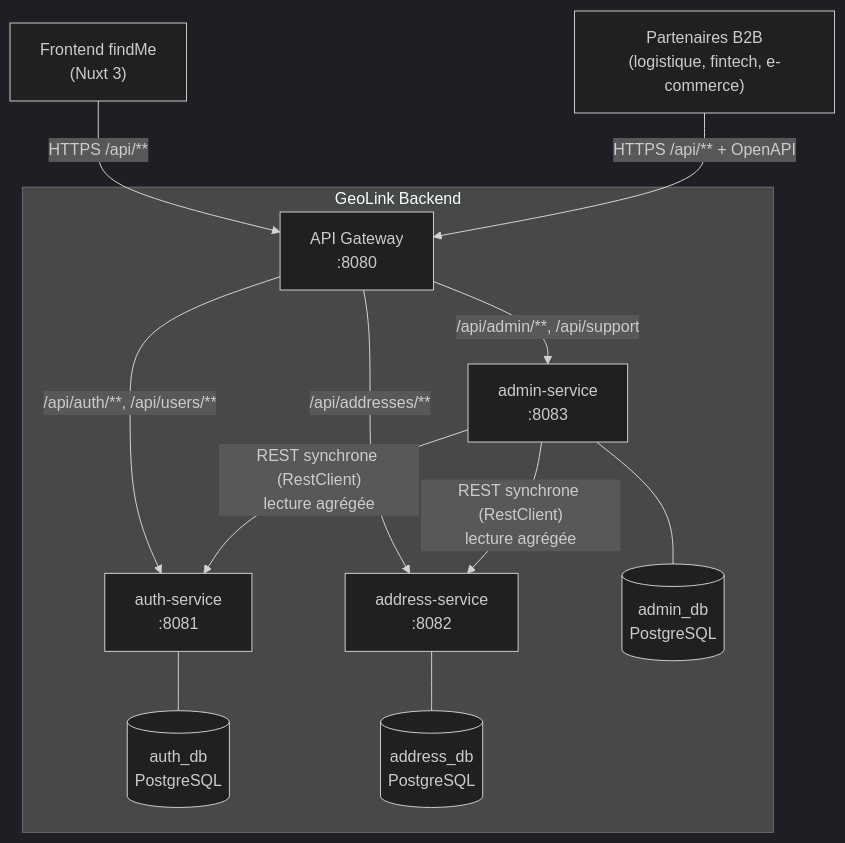
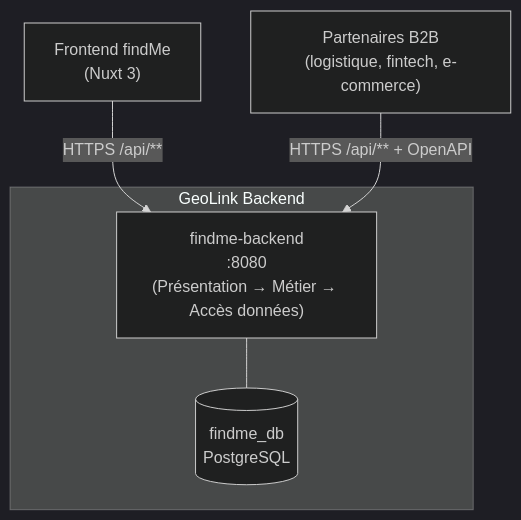
One commit to alexdibril237/findme_backend changed the first of 13 diagrams in docs/conception/DOSSIER_DE_CONCEPTION.md. Above: the diagram before and after it, drawn with Mermaid (dark theme). The commit also changed other lines of this file and 327 other files, not shown here.

````diff
--- a/docs/conception/DOSSIER_DE_CONCEPTION.md
+++ b/docs/conception/DOSSIER_DE_CONCEPTION.md
@@ -26,29 +50,14 @@
 ```mermaid
 graph TB
     FE["Frontend findMe<br/>(Nuxt 3)"]
     B2B["Partenaires B2B<br/>(logistique, fintech, e-commerce)"]
 
-    subgraph GeoLink Backend
-        GW["API Gateway<br/>:8080"]
-        AUTH["auth-service<br/>:8081"]
-        ADDR["address-service<br/>:8082"]
-        ADMIN["admin-service<br/>:8083"]
-        AUTHDB[("auth_db<br/>PostgreSQL")]
-        ADDRDB[("address_db<br/>PostgreSQL")]
-        ADMINDB[("admin_db<br/>PostgreSQL")]
+    subgraph "GeoLink Backend"
+        APP["findme-backend<br/>:8080<br/>(Présentation → Métier → Accès données)"]
+        DB[("findme_db<br/>PostgreSQL")]
     end
 
-    FE -->|HTTPS /api/**| GW
-    B2B -->|HTTPS /api/** + OpenAPI| GW
-
-    GW -->|"/api/auth/**, /api/users/**"| AUTH
-    GW -->|"/api/addresses/**"| ADDR
-    GW -->|"/api/admin/**, /api/support"| ADMIN
-
-    ADMIN -->|"REST synchrone (RestClient)<br/>lecture agrégée"| AUTH
-    ADMIN -->|"REST synchrone (RestClient)<br/>lecture agrégée"| ADDR
-
-    AUTH --- AUTHDB
-    ADDR --- ADDRDB
-    ADMIN --- ADMINDB
+    FE -->|HTTPS /api/**| APP
+    B2B -->|HTTPS /api/** + OpenAPI| APP
+    APP --- DB
 ```
````
